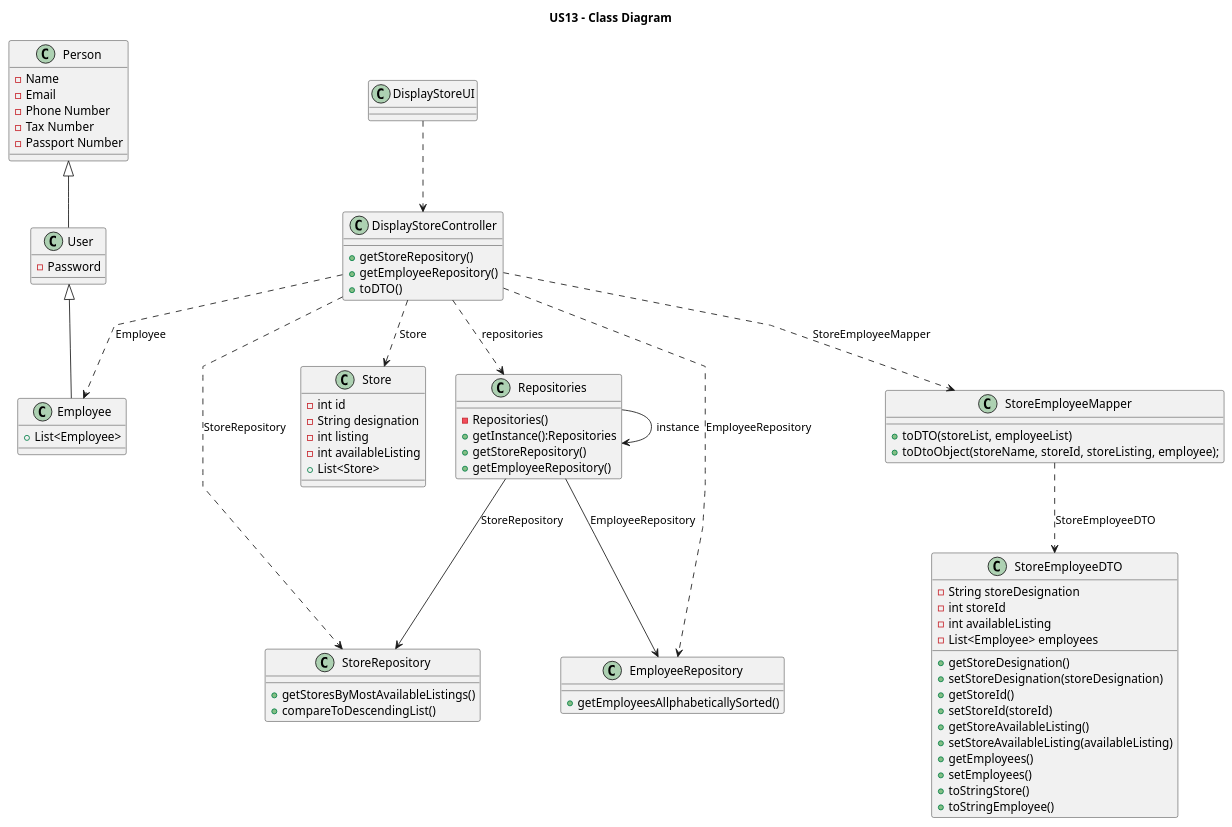
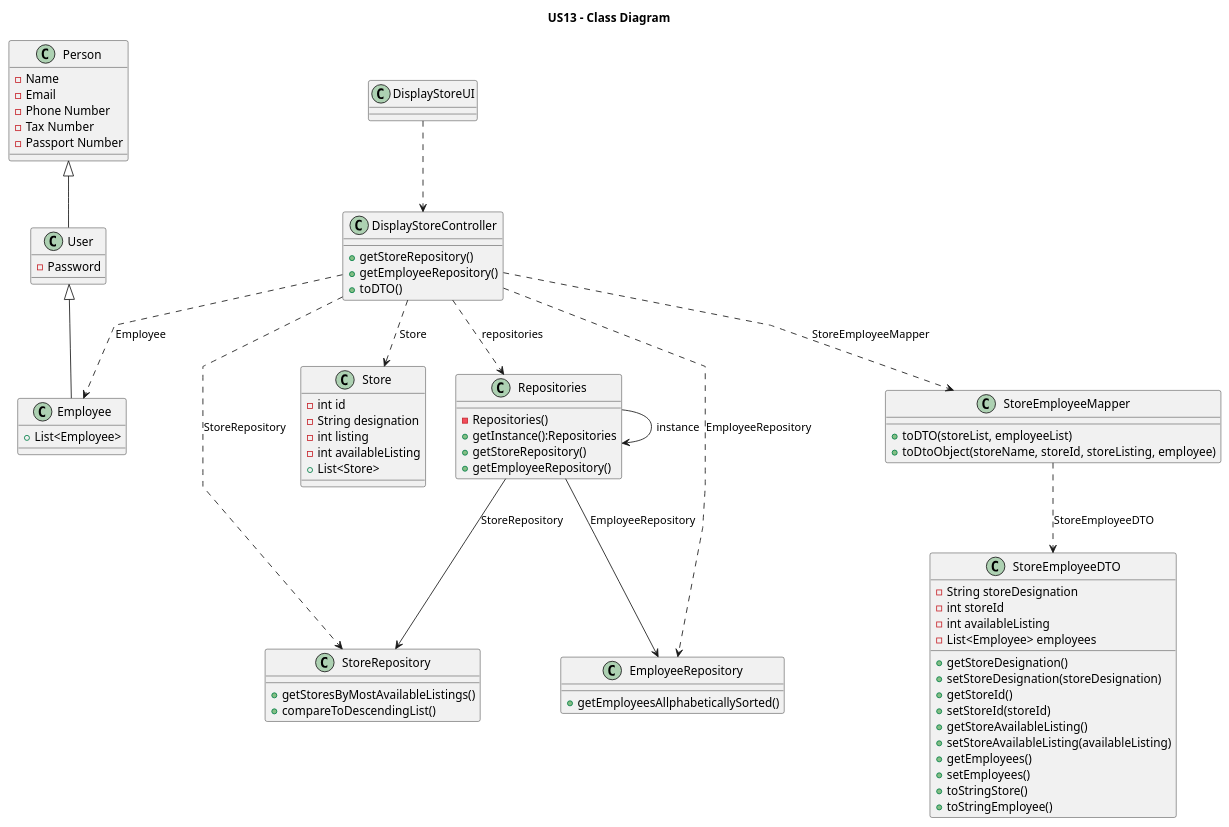
One commit to PureNimble/ISEP-LAPR2 changed the diagram in docs/sprintD/US13/03.design/puml/us13-class-diagram.puml. Above: the diagram before and after it, drawn with PlantUML. The commit also changed 16 other files, not shown here.

```diff
--- a/docs/sprintD/US13/03.design/puml/us13-class-diagram.puml
+++ b/docs/sprintD/US13/03.design/puml/us13-class-diagram.puml
@@ -1,99 +1,99 @@
 @startuml
 
 'skinparam monochrome true
 skinparam packageStyle rectangle
 skinparam shadowing false
 skinparam linetype polyline
 'skinparam linetype orto
 'skinparam classAttributeIconSize 0
 'left to right direction
 
 title US13 - Class Diagram
 
 class Repositories {
     -Repositories()
     +getInstance():Repositories
     +getStoreRepository()
     +getEmployeeRepository()
 }
 
 class Store {
     -int id
     -String designation
     -int listing
     -int availableListing
     +List<Store>
 }
 
 class Employee {
     +List<Employee>
 }
 
 class StoreEmployeeMapper {
     +toDTO(storeList, employeeList)
-    +toDtoObject(storeName, storeId, storeListing, employee);
+    +toDtoObject(storeName, storeId, storeListing, employee)
 }
 
 class DisplayStoreController {
     +getStoreRepository()
     +getEmployeeRepository()
     +toDTO()
 }
 
 class StoreRepository {
     +getStoresByMostAvailableListings()
     +compareToDescendingList()
 }
 
 class EmployeeRepository {
     +getEmployeesAllphabeticallySorted()
 }
 
 class User {
     -Password
 }
 
 class Person {
     -Name
     -Email
     -Phone Number
     -Tax Number
     -Passport Number
 }
 
 class StoreEmployeeDTO {
     -String storeDesignation
     -int storeId
     -int availableListing
     -List<Employee> employees
     +getStoreDesignation()
     +setStoreDesignation(storeDesignation)
     +getStoreId()
     +setStoreId(storeId)
     +getStoreAvailableListing()
     +setStoreAvailableListing(availableListing)
     +getEmployees()
     +setEmployees()
     +toStringStore()
     +toStringEmployee()
 }
 
 class DisplayStoreUI {
 
 }
 
 Repositories -> Repositories:instance
 Repositories --> StoreRepository: StoreRepository
 Repositories --> EmployeeRepository: EmployeeRepository
 DisplayStoreController ..> Repositories : repositories
 DisplayStoreController ..> StoreRepository : StoreRepository
 DisplayStoreController ..> EmployeeRepository : EmployeeRepository
 DisplayStoreController ..> Store : Store
 DisplayStoreController ..> Employee : Employee
 DisplayStoreController ..> StoreEmployeeMapper : StoreEmployeeMapper
 DisplayStoreUI ..> DisplayStoreController
 StoreEmployeeMapper ..> StoreEmployeeDTO: StoreEmployeeDTO
 Person <|-- User
 User <|-- Employee
 
 @enduml
```
